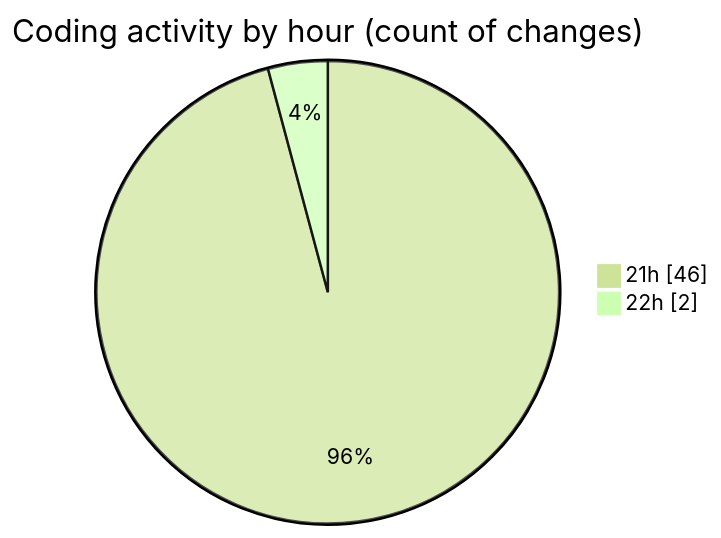
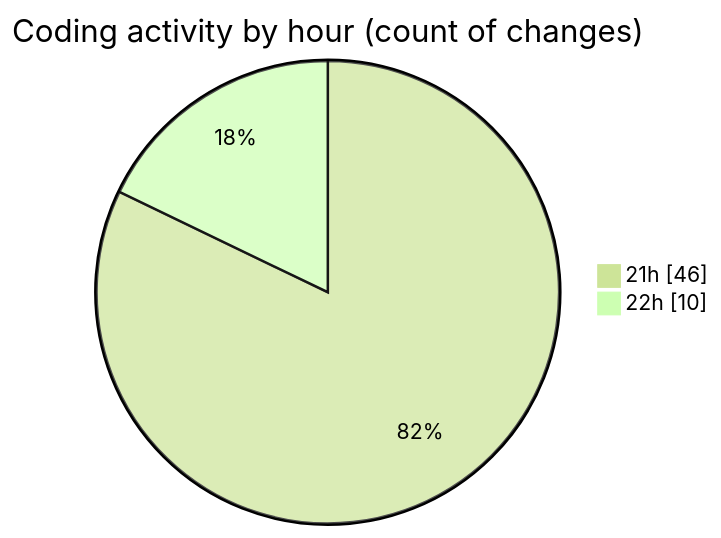
Before and after one commit to Ritupan-Deka/code-tracking: the second of 2 diagrams in 2025-10-13/scopecraft/README.md, drawn with Mermaid (forest theme). The commit also changed other lines of this file and 1 other file, not shown here.

````diff
--- a/2025-10-13/scopecraft/README.md
+++ b/2025-10-13/scopecraft/README.md
@@ -37,6 +37,6 @@
 ```mermaid
 pie showData
 title Coding activity by hour (count of changes)
 "21h" : 46
-"22h" : 2
+"22h" : 10
 ```
````
